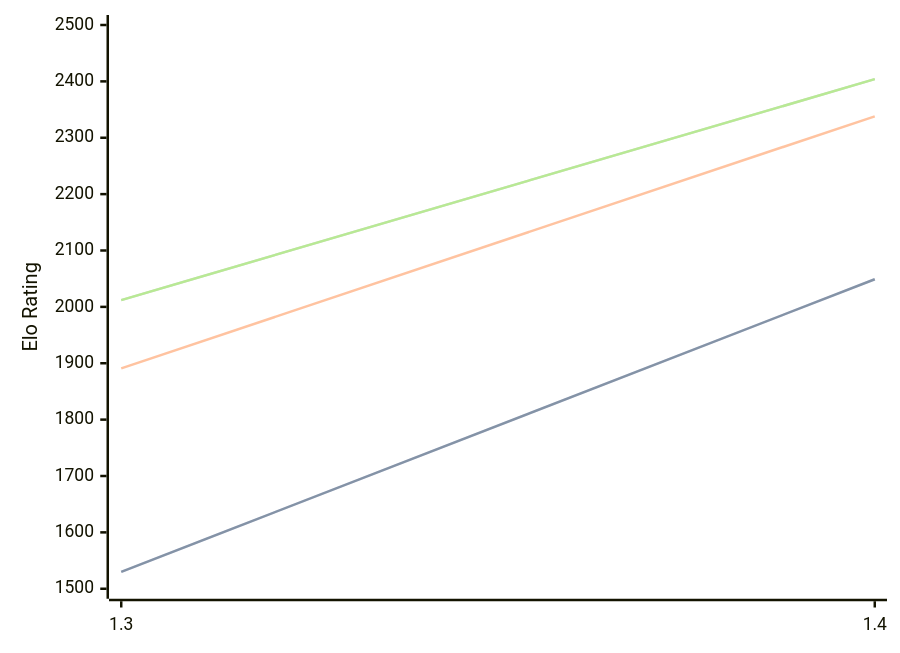
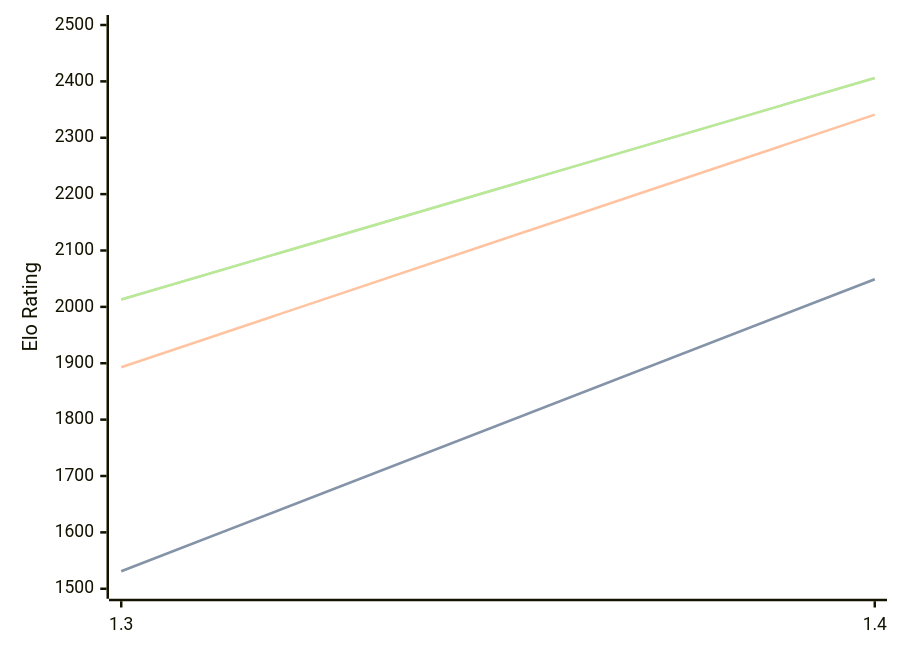
Before and after one commit to computer-chess-index/cci: the diagram in engines/Facon.md, drawn with Mermaid. The commit also changed other lines of this file, not shown here.

Commit message:
Update CCI Ratings (ELO VLTC) - 2026-05-16

````diff
--- a/engines/Facon.md
+++ b/engines/Facon.md
@@ -35,11 +35,11 @@
 ```mermaid
 %%{init: {"theme":"base","themeVariables":{"seriesColors:['#a3a3a3','#222221','#faa371']}}}%%
 xychart-beta
   x-axis ["1.3", "1.4"]
   y-axis "Elo Rating" 1500 --> 2500
-  line "STC (8.0+0.08s)" [1530, 2049]
-  line "STC (8.0+0.08s)" [1530, 2049]
-  line "LTC (60.0+0.60s)" [1891, 2338]
-  line "VLTC (2m24s+1.12s)" [2012, 2404]
-  line "VLTC (2m24s+1.12s)" [2012, 2404]
+  line "STC (8.0+0.08s)" [1531, 2049]
+  line "STC (8.0+0.08s)" [1531, 2049]
+  line "LTC (60.0+0.60s)" [1893, 2341]
+  line "VLTC (2m24s+1.12s)" [2013, 2406]
+  line "VLTC (2m24s+1.12s)" [2013, 2406]
 ```
````
